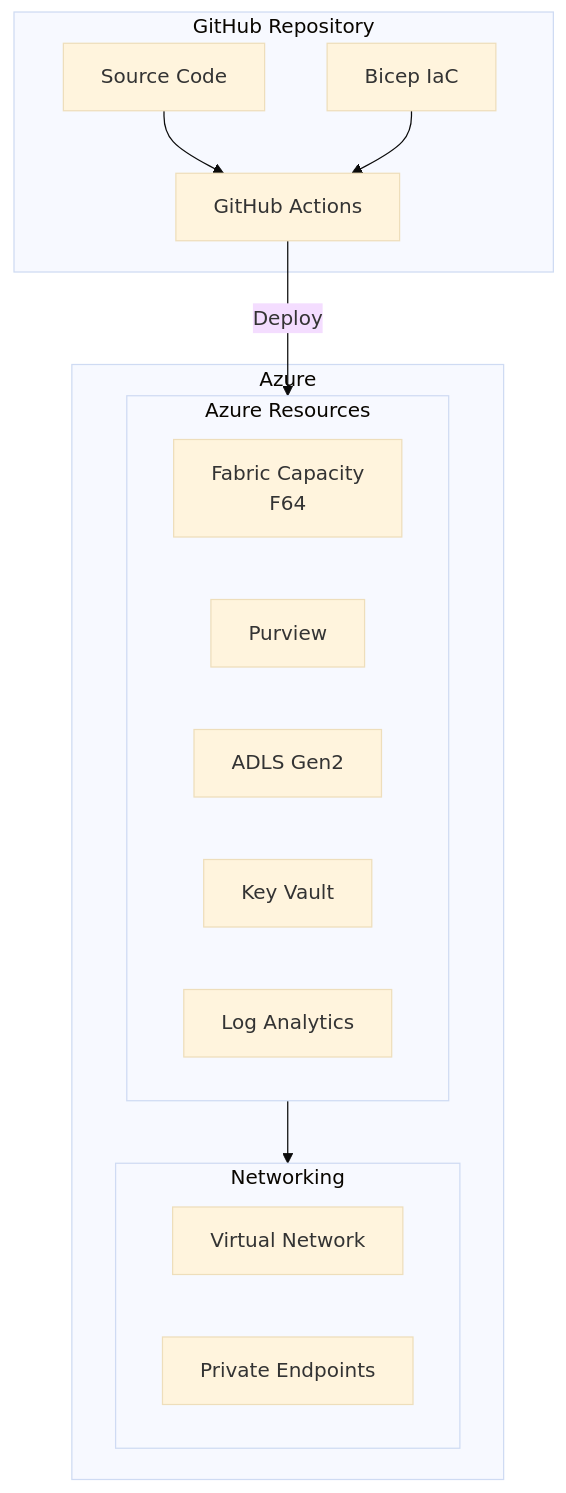
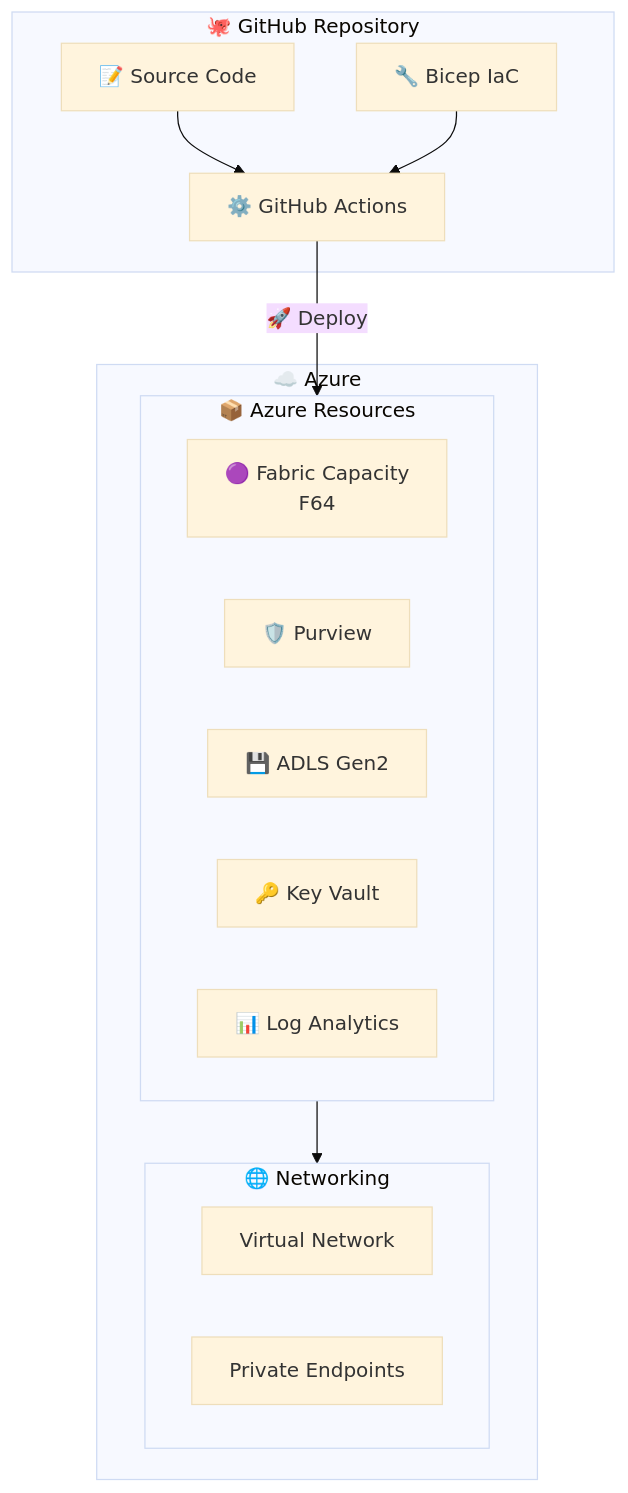
One commit to fgarofalo56/Suppercharge_Microsoft_Fabric changed the sixth of 7 diagrams in docs/diagrams/architecture-overview.md. Above: the diagram before and after it, drawn with Mermaid (base theme). The commit also changed other lines of this file and 130 other files, not shown here.

````diff
--- a/docs/diagrams/architecture-overview.md
+++ b/docs/diagrams/architecture-overview.md
@@ -220,28 +301,28 @@
 ```mermaid
 flowchart TB
-    subgraph GitHub["GitHub Repository"]
-        CODE[Source Code]
-        BICEP[Bicep IaC]
-        ACTIONS[GitHub Actions]
+    subgraph GitHub["🐙 GitHub Repository"]
+        CODE["📝 Source Code"]
+        BICEP["🔧 Bicep IaC"]
+        ACTIONS["⚙️ GitHub Actions"]
     end
 
-    subgraph Azure["Azure"]
-        subgraph Resources["Azure Resources"]
-            FAB[Fabric Capacity<br/>F64]
-            PV[Purview]
-            ADLS[ADLS Gen2]
-            KV[Key Vault]
-            LOG[Log Analytics]
+    subgraph Azure["☁️ Azure"]
+        subgraph Resources["📦 Azure Resources"]
+            FAB["🟣 Fabric Capacity<br/>F64"]
+            PV["🛡️ Purview"]
+            ADLS["💾 ADLS Gen2"]
+            KV["🔑 Key Vault"]
+            LOG["📊 Log Analytics"]
         end
 
-        subgraph Network["Networking"]
-            VNET[Virtual Network]
-            PE[Private Endpoints]
+        subgraph Network["🌐 Networking"]
+            VNET["Virtual Network"]
+            PE["Private Endpoints"]
         end
     end
 
     CODE --> ACTIONS
     BICEP --> ACTIONS
-    ACTIONS -->|Deploy| Resources
+    ACTIONS -->|"🚀 Deploy"| Resources
     Resources --> Network
 ```
````
